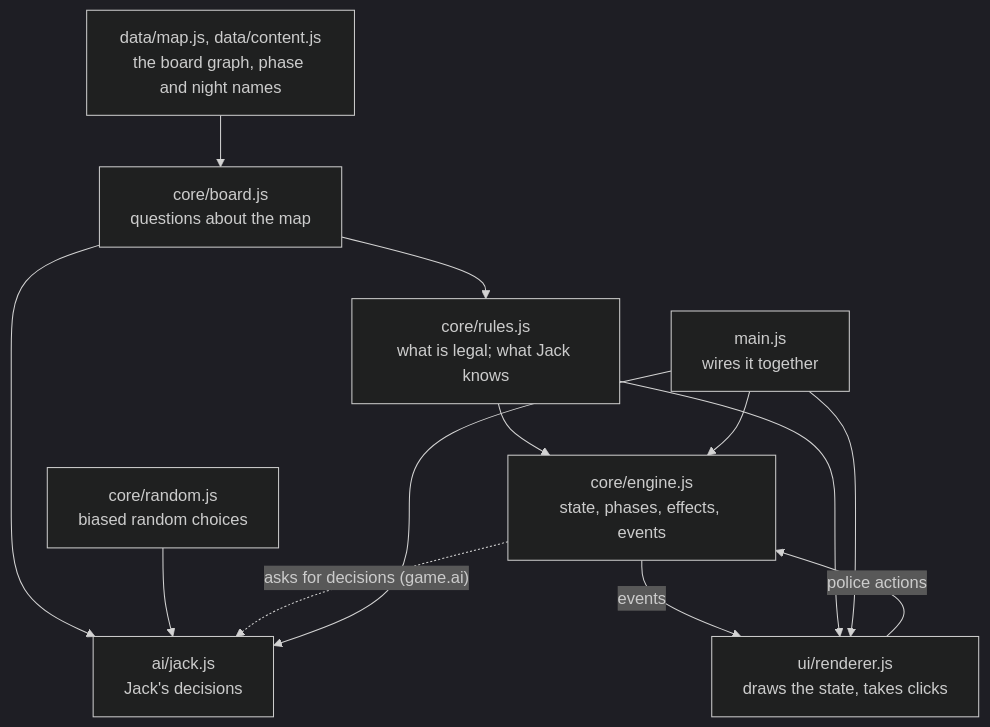
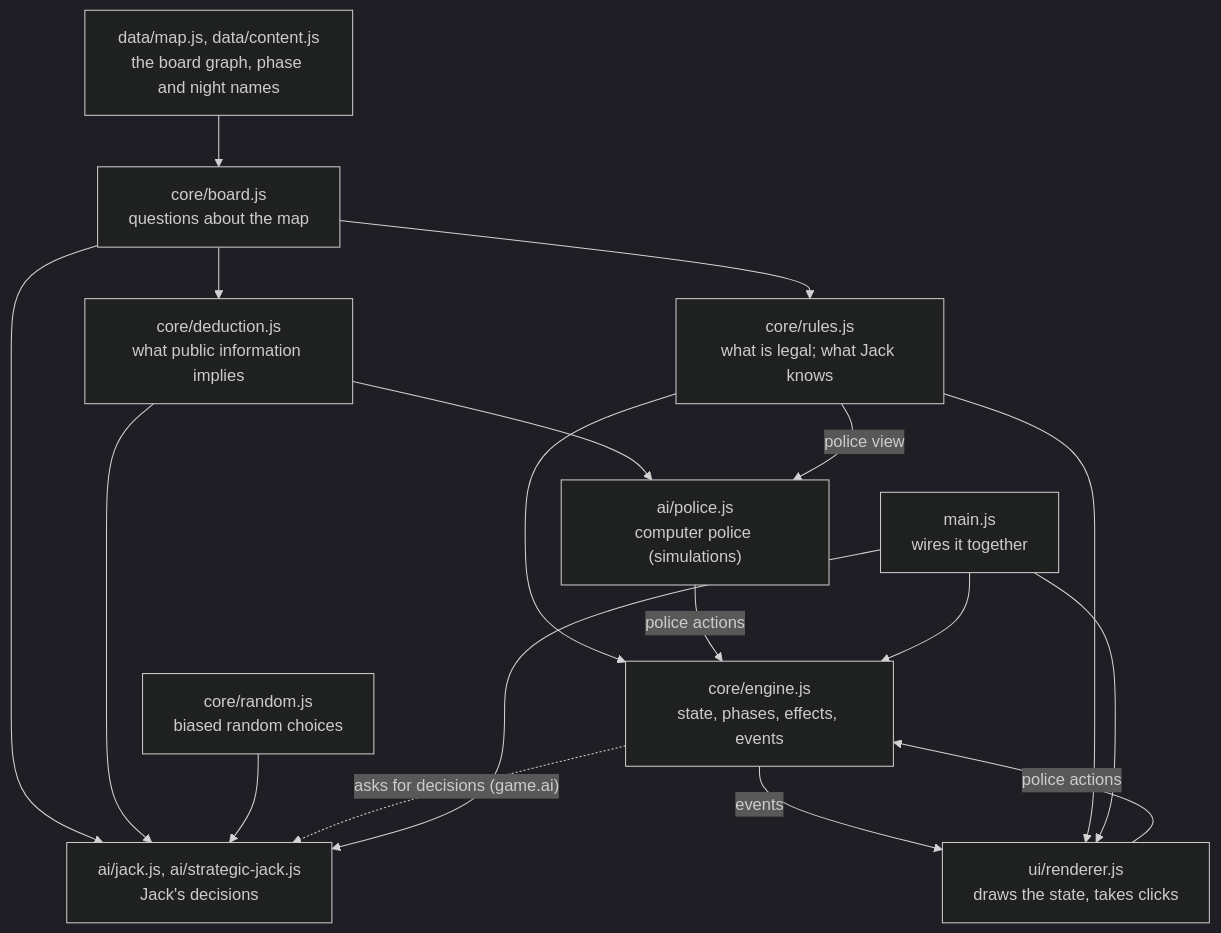
Before and after one commit to aceszhenwei/Letters-From-Whitechapel: the first of 2 diagrams in docs/architecture.md, drawn with Mermaid (dark theme). The commit also changed other lines of this file and 13 other files, not shown here.

First line of the commit message:
Strategic Jack: double-event victims, token keeping, tests, benchmark and analysis tools

````diff
--- a/docs/architecture.md
+++ b/docs/architecture.md
@@ -7,24 +7,31 @@
 ```mermaid
 flowchart TD
     data["data/map.js, data/content.js<br/>the board graph, phase and night names"]
     board["core/board.js<br/>questions about the map"]
     rules["core/rules.js<br/>what is legal; what Jack knows"]
     engine["core/engine.js<br/>state, phases, effects, events"]
-    ai["ai/jack.js<br/>Jack's decisions"]
+    ai["ai/jack.js, ai/strategic-jack.js<br/>Jack's decisions"]
+    deduction["core/deduction.js<br/>what public information implies"]
+    police["ai/police.js<br/>computer police (simulations)"]
     random["core/random.js<br/>biased random choices"]
     ui["ui/renderer.js<br/>draws the state, takes clicks"]
     main["main.js<br/>wires it together"]
 
     data --> board
     board --> rules
     rules --> engine
     board --> ai
+    board --> deduction
+    deduction --> ai
+    deduction --> police
+    rules -- "police view" --> police
+    police -- "police actions" --> engine
     random --> ai
     engine -. "asks for decisions (game.ai)" .-> ai
     engine -- "events" --> ui
     ui -- "police actions" --> engine
     rules --> ui
     main --> engine
     main --> ai
     main --> ui
 ```
````
